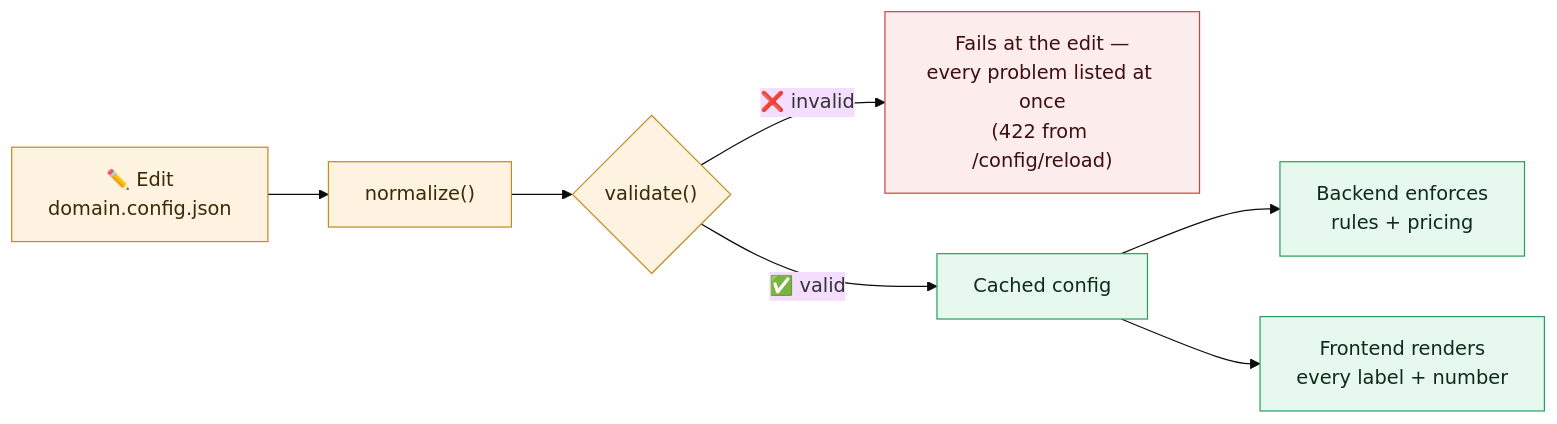
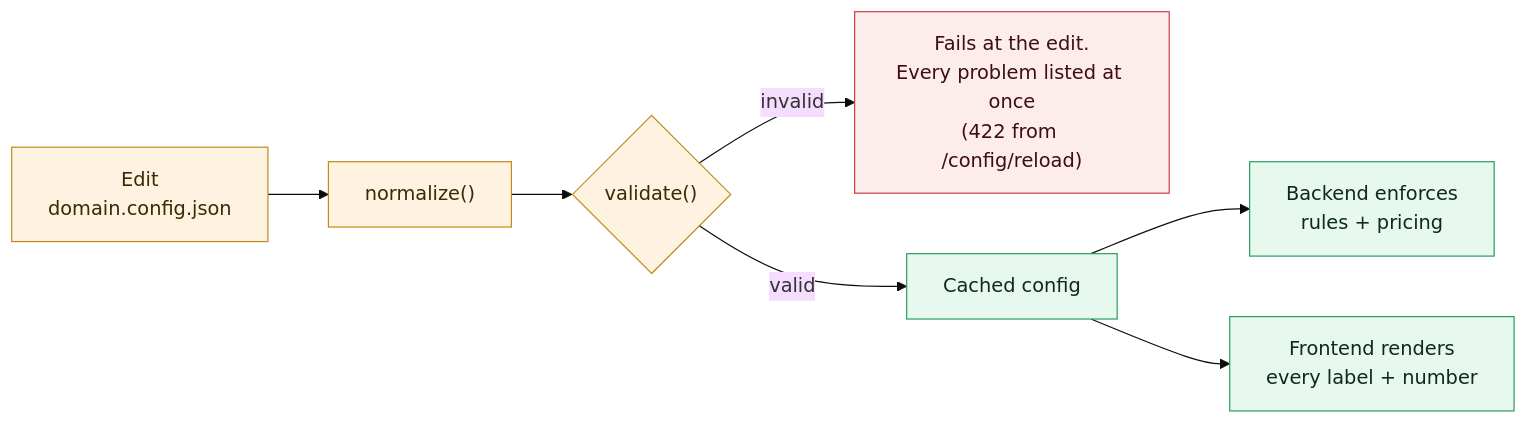
One commit to Delta-43/Codaro_Aug2026_Hackathon_Template changed the fourth of 4 diagrams in README.md. Above: the diagram before and after it, drawn with Mermaid (base theme). The commit also changed other lines of this file, not shown here.

````diff
--- a/README.md
+++ b/README.md
@@ -310,15 +302,15 @@
 ```mermaid
 flowchart LR
-    E["✏️ Edit<br/>domain.config.json"] --> N["normalize()"] --> V{"validate()"}
-    V -->|"❌ invalid"| F["Fails at the edit —<br/>every problem listed at once<br/>(422 from /config/reload)"]
-    V -->|"✅ valid"| C["Cached config"]
+    E["Edit<br/>domain.config.json"] --> N["normalize()"] --> V{"validate()"}
+    V -->|"invalid"| F["Fails at the edit.<br/>Every problem listed at once<br/>(422 from /config/reload)"]
+    V -->|"valid"| C["Cached config"]
     C --> API["Backend enforces<br/>rules + pricing"]
     C --> UI["Frontend renders<br/>every label + number"]
 
     classDef ok fill:#e7f8ee,stroke:#2b9e5f,color:#0e2b1a
     classDef bad fill:#fdecec,stroke:#cf4040,color:#3d0f0f
     classDef neu fill:#fdf3e0,stroke:#c48a1c,color:#3a2a06
     class E,N,V neu
     class C,API,UI ok
     class F bad
 ```
````
